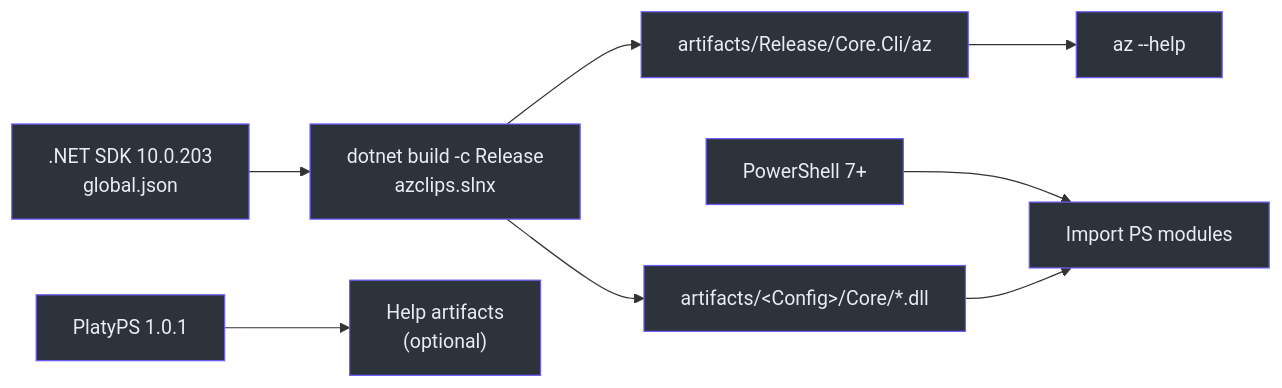
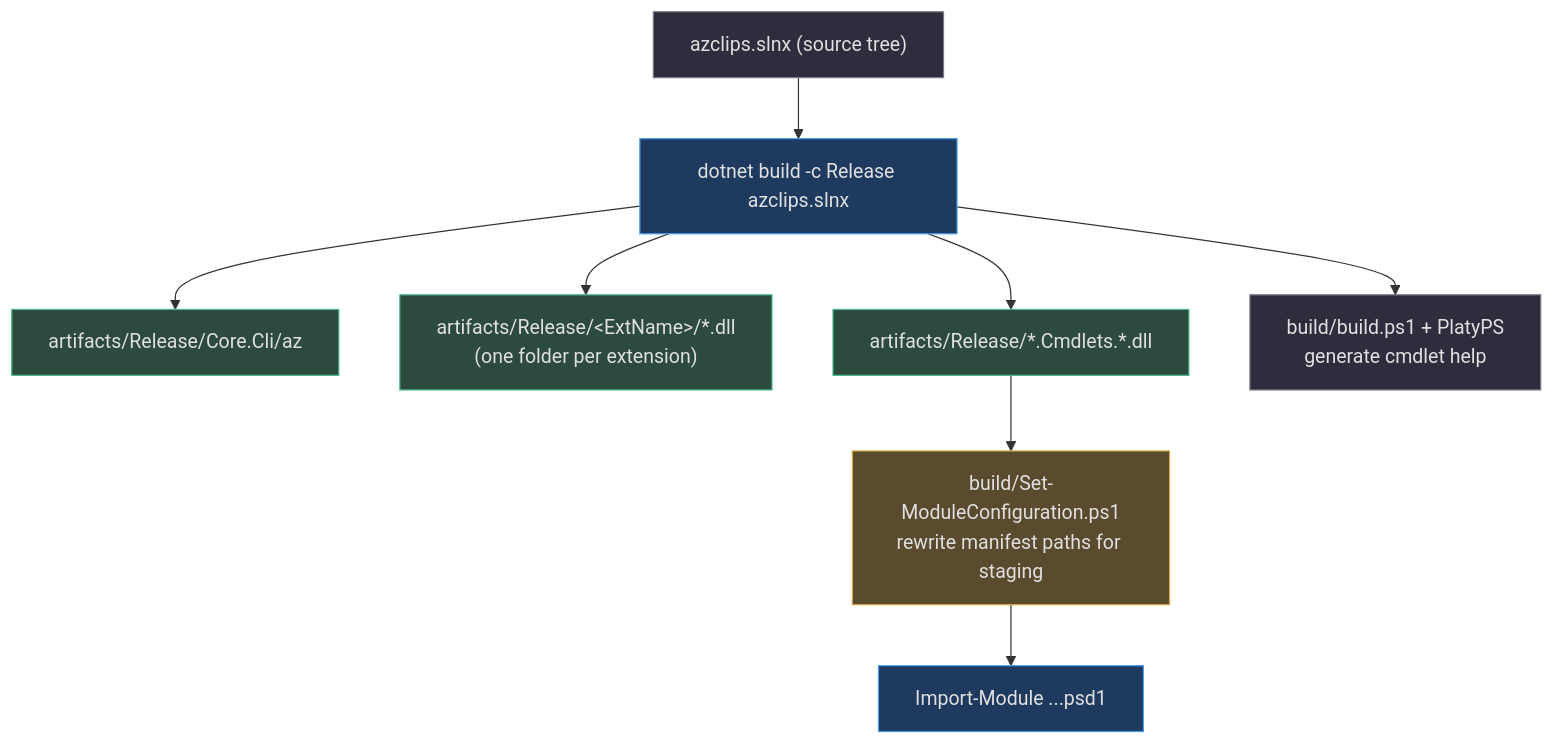
Before and after one commit to Azure/azclips: the first of 2 diagrams in wiki/01-getting-started/environment-setup.md, drawn with Mermaid. The commit also changed other lines of this file and 34 other files, not shown here.

First line of the commit message:
docs(wiki): refresh generated architecture documentation

````diff
--- a/wiki/01-getting-started/environment-setup.md
+++ b/wiki/01-getting-started/environment-setup.md
@@ -24,20 +54,19 @@
 ```mermaid
-graph LR
-    SDK[".NET SDK 10.0.203<br>global.json"] --> BUILD["dotnet build -c Release<br>azclips.slnx"]
-    PS7["PowerShell 7+"] --> MODULES["Import PS modules"]
-    PLATY["PlatyPS 1.0.1"] --> HELP["Help artifacts<br>(optional)"]
-    BUILD --> AZ["artifacts/Release/Core.Cli/az"]
-    BUILD --> DLLS["artifacts/&lt;Config&gt;/Core/*.dll"]
-    DLLS --> MODULES
-    AZ --> RUN["az --help"]
+flowchart TD
+    SRC["azclips.slnx (source tree)"] --> B["dotnet build -c Release azclips.slnx"]
+    B --> CLI["artifacts/Release/Core.Cli/az"]
+    B --> EXT["artifacts/Release/&lt;ExtName&gt;/*.dll<br>(one folder per extension)"]
+    B --> PSD["artifacts/Release/*.Cmdlets.*.dll"]
+    PSD --> STAGE["build/Set-ModuleConfiguration.ps1<br>rewrite manifest paths for staging"]
+    STAGE --> IMPORT["Import-Module ...psd1"]
+    B --> HELP["build/build.ps1 + PlatyPS<br>generate cmdlet help"]
 
-    style SDK fill:#2d333b,stroke:#6d5dfc,color:#e6edf3
-    style PS7 fill:#2d333b,stroke:#6d5dfc,color:#e6edf3
-    style PLATY fill:#2d333b,stroke:#6d5dfc,color:#e6edf3
-    style BUILD fill:#2d333b,stroke:#6d5dfc,color:#e6edf3
-    style AZ fill:#2d333b,stroke:#6d5dfc,color:#e6edf3
-    style DLLS fill:#2d333b,stroke:#6d5dfc,color:#e6edf3
-    style MODULES fill:#2d333b,stroke:#6d5dfc,color:#e6edf3
-    style HELP fill:#2d333b,stroke:#6d5dfc,color:#e6edf3
-    style RUN fill:#2d333b,stroke:#6d5dfc,color:#e6edf3
+    style SRC fill:#2d2d3d,stroke:#7a7a8a,color:#e0e0e0
+    style B fill:#1e3a5f,stroke:#4a9eed,color:#e0e0e0
+    style CLI fill:#2d4a3e,stroke:#4aba8a,color:#e0e0e0
+    style EXT fill:#2d4a3e,stroke:#4aba8a,color:#e0e0e0
+    style PSD fill:#2d4a3e,stroke:#4aba8a,color:#e0e0e0
+    style STAGE fill:#5a4a2e,stroke:#d4a84b,color:#e0e0e0
+    style IMPORT fill:#1e3a5f,stroke:#4a9eed,color:#e0e0e0
+    style HELP fill:#2d2d3d,stroke:#7a7a8a,color:#e0e0e0
 ```
````
